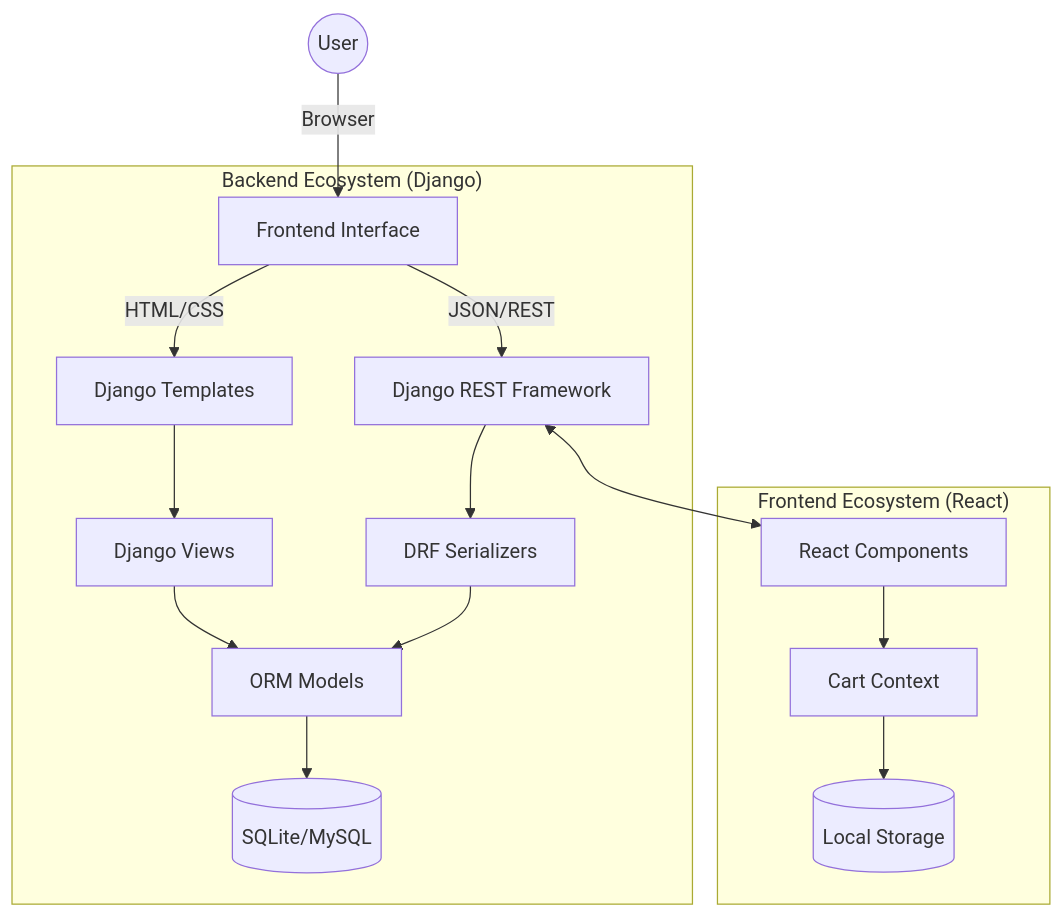
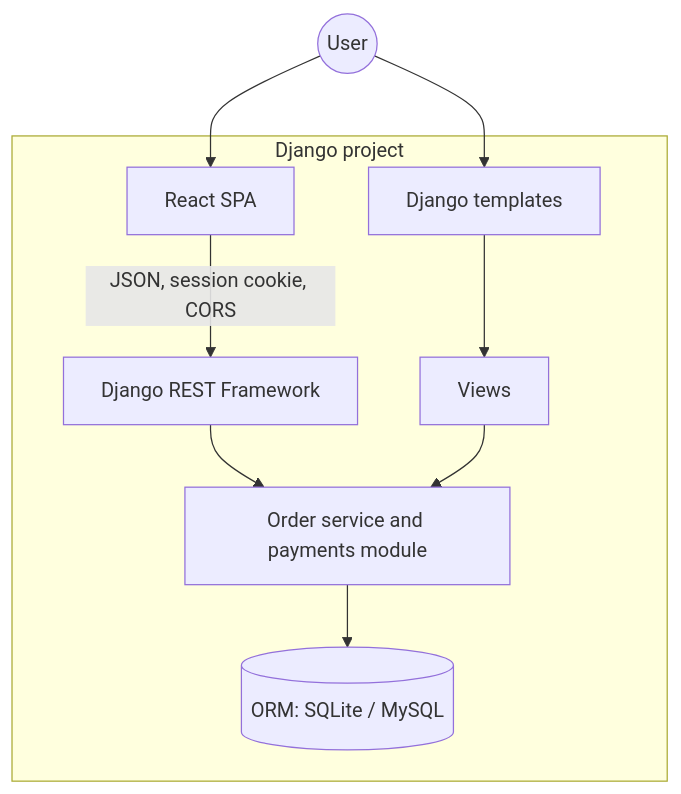
One commit to Lagmouchyoussef/SimpliCulinary-Pro changed the second of 3 diagrams in README.md. Above: the diagram before and after it, drawn with Mermaid. The commit also changed other lines of this file and 113 other files, not shown here.

````diff
--- a/README.md
+++ b/README.md
@@ -17,23 +112,13 @@
 ```mermaid
 graph TD
-    User((User)) -->|Browser| WebUI[Frontend Interface]
-    
-    subgraph "Backend Ecosystem (Django)"
-        WebUI -->|HTML/CSS| Templates[Django Templates]
-        WebUI -->|JSON/REST| API[Django REST Framework]
-        
-        Templates --> Views[Django Views]
-        API --> Serializers[DRF Serializers]
-        
-        Views --> Models[ORM Models]
-        Serializers --> Models
-        
-        Models --> DB[(SQLite/MySQL)]
-    end
-    
-    subgraph "Frontend Ecosystem (React)"
-        API <--> ReactSPA[React Components]
-        ReactSPA --> Context[Cart Context]
-        Context --> LocalStorage[(Local Storage)]
+    User((User)) --> Django[Django templates]
+    User --> React[React SPA]
+
+    subgraph Backend [Django project]
+        Django --> Views[Views]
+        React -->|JSON, session cookie, CORS| API[Django REST Framework]
+        API --> Services[Order service and payments module]
+        Views --> Services
+        Services --> ORM[(ORM: SQLite / MySQL)]
     end
 ```
````
